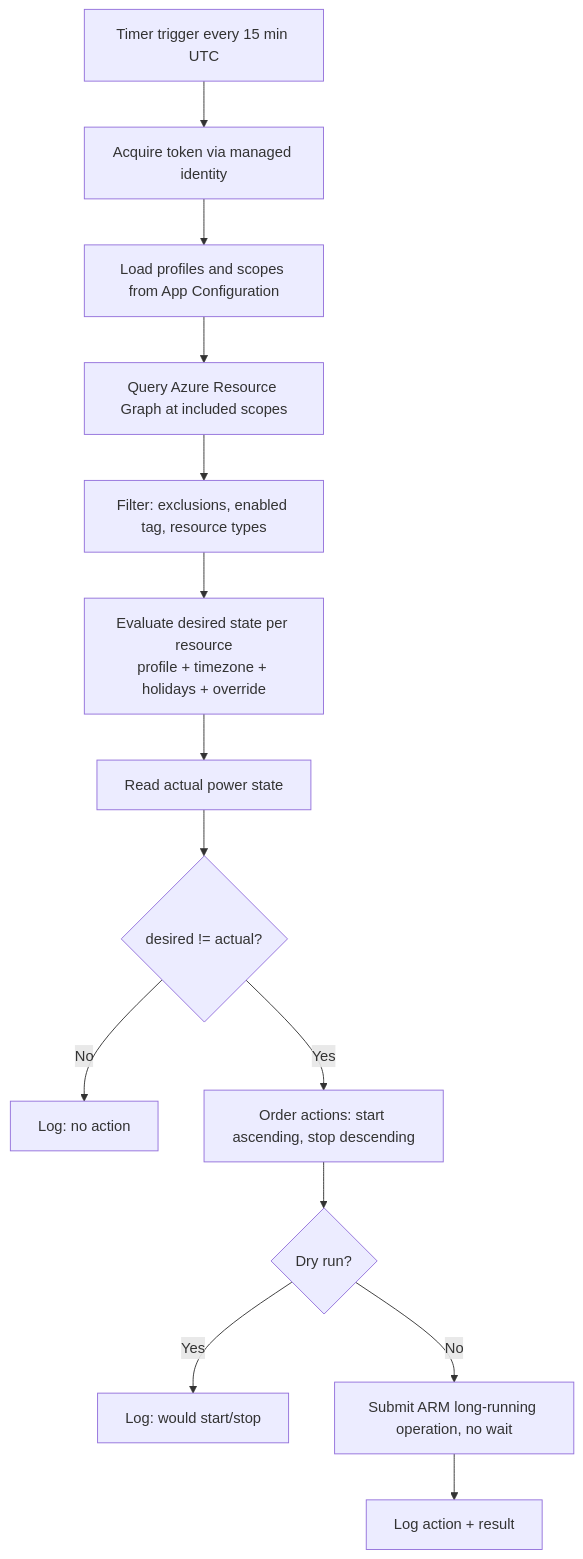
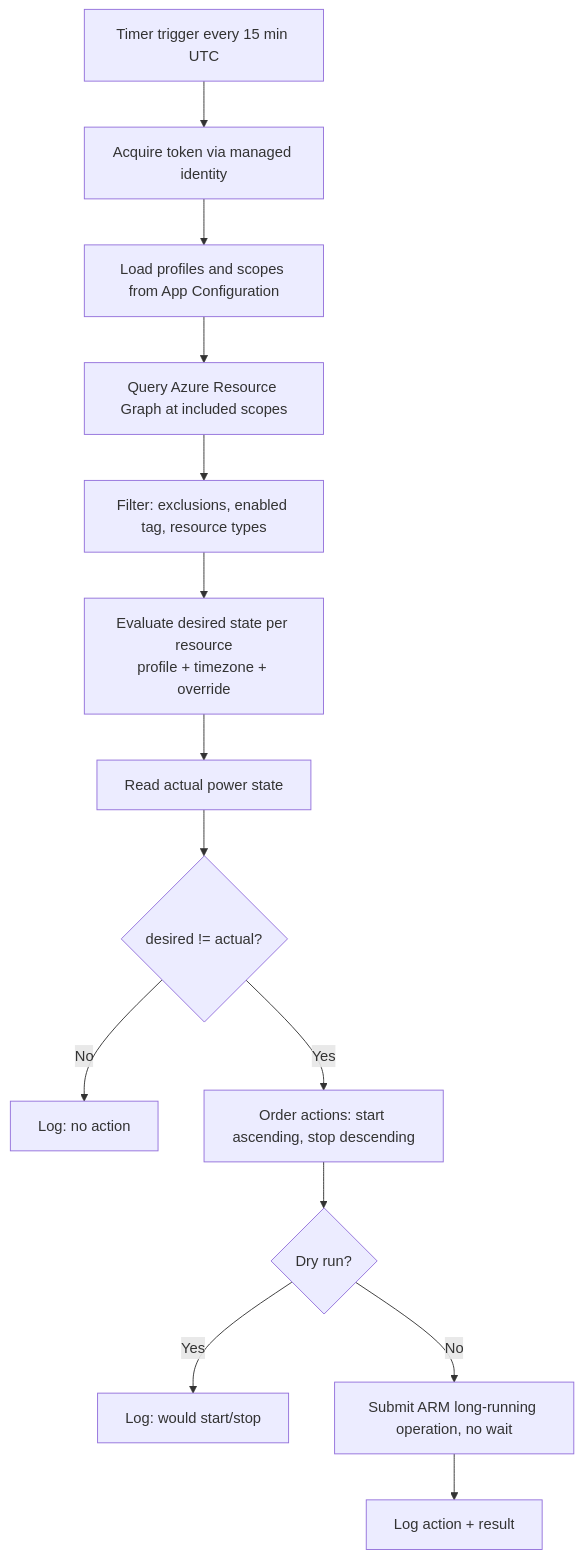
One commit to tmanolam/azure-resources-scheduling changed the diagram in docs/REQUIREMENTS.md. Above: the diagram before and after it, drawn with Mermaid. The commit also changed other lines of this file and 1 other file, not shown here.

Commit message:
docs: v0.3 - holidays deferred to phase 2 (D-07), Azure SQL Database out of scope (D-08)

````diff
--- a/docs/REQUIREMENTS.md
+++ b/docs/REQUIREMENTS.md
@@ -126,16 +127,16 @@
 ```mermaid
 flowchart TD
     T[Timer trigger every 15 min UTC] --> A[Acquire token via managed identity]
     A --> B[Load profiles and scopes from App Configuration]
     B --> C[Query Azure Resource Graph at included scopes]
     C --> D[Filter: exclusions, enabled tag, resource types]
-    D --> E[Evaluate desired state per resource<br/>profile + timezone + holidays + override]
+    D --> E[Evaluate desired state per resource<br/>profile + timezone + override]
     E --> F[Read actual power state]
     F --> G{desired != actual?}
     G -- No --> L[Log: no action]
     G -- Yes --> H[Order actions: start ascending, stop descending]
     H --> I{Dry run?}
     I -- Yes --> L2[Log: would start/stop]
     I -- No --> J[Submit ARM long-running operation, no wait]
     J --> L3[Log action + result]
 ```
````
